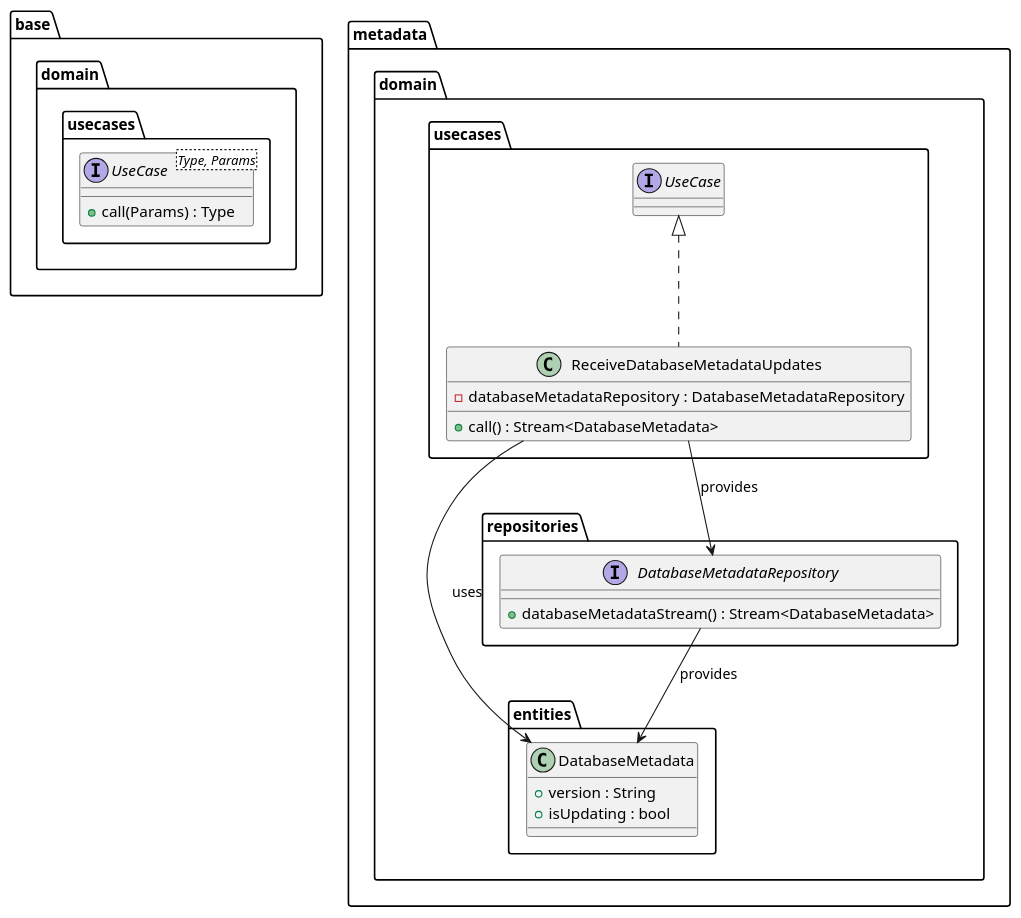
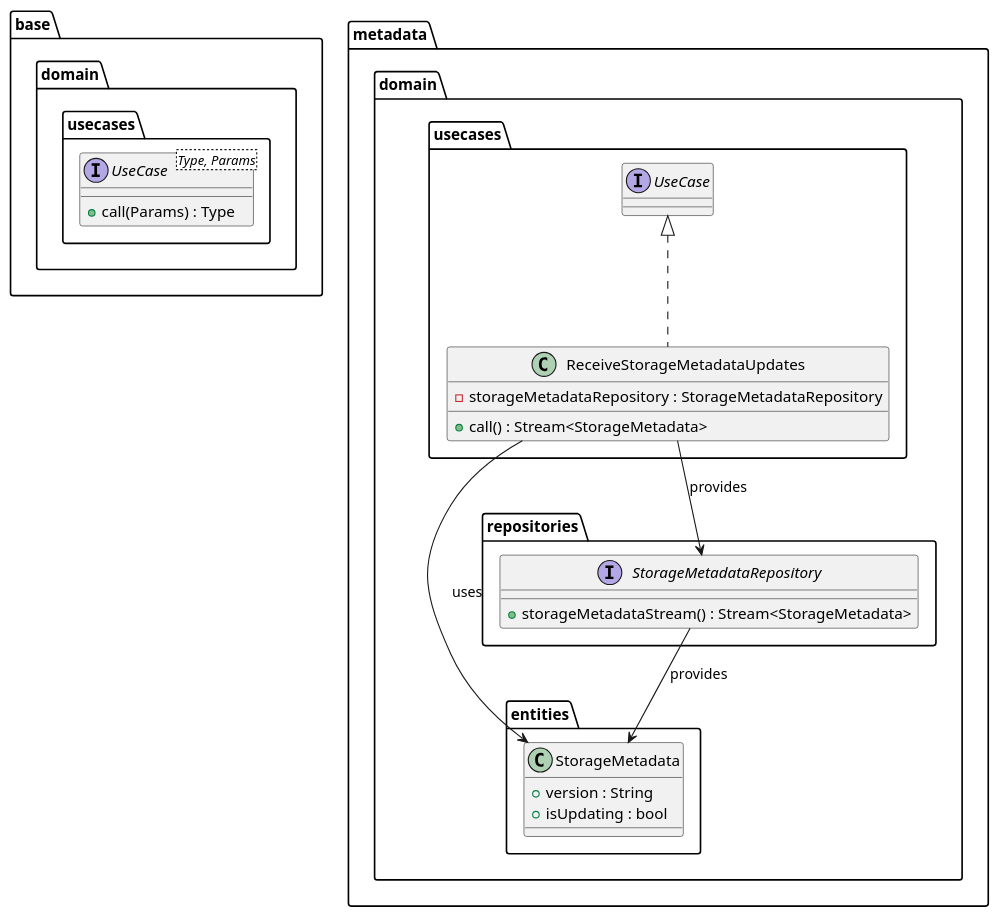
The diagram in metrics/web/docs/features/supported_database_version/diagrams/metadata_domain_class_diagram.puml (Flank/flank-dashboard), drawn with PlantUML before and after one commit. The commit also changed 5 other files, not shown here.

Commit message:
Rename the DatabaseMetadata to StorageMetadata

```diff
--- a/metrics/web/docs/features/supported_database_version/diagrams/metadata_domain_class_diagram.puml
+++ b/metrics/web/docs/features/supported_database_version/diagrams/metadata_domain_class_diagram.puml
@@ -1,38 +1,38 @@
 @startuml metadata_domain_class_diagram
 
 package base.domain.usecases {
     interface UseCase<Type, Params> {
         + call(Params) : Type
     }
 }
 
 package metadata.domain {
     package entities {
-        class DatabaseMetadata {
+        class StorageMetadata {
             + version : String
             + isUpdating : bool
         }
     }
 
     package repositories {
-        interface DatabaseMetadataRepository {
-            + databaseMetadataStream() : Stream<DatabaseMetadata>
+        interface StorageMetadataRepository {
+            + storageMetadataStream() : Stream<StorageMetadata>
         }
     }
 
     package usecases {
-        class ReceiveDatabaseMetadataUpdates implements UseCase{
-            - databaseMetadataRepository : DatabaseMetadataRepository
-            + call() : Stream<DatabaseMetadata>
+        class ReceiveStorageMetadataUpdates implements UseCase {
+            - storageMetadataRepository : StorageMetadataRepository
+            + call() : Stream<StorageMetadata>
         }
     }
 
 }
 
-ReceiveDatabaseMetadataUpdates --> DatabaseMetadataRepository : provides
-DatabaseMetadataRepository --> DatabaseMetadata : provides
-ReceiveDatabaseMetadataUpdates --> DatabaseMetadata : uses
+ReceiveStorageMetadataUpdates --> StorageMetadataRepository : provides
+StorageMetadataRepository --> StorageMetadata : provides
+ReceiveStorageMetadataUpdates --> StorageMetadata : uses
 
 
 
 @enduml
```
